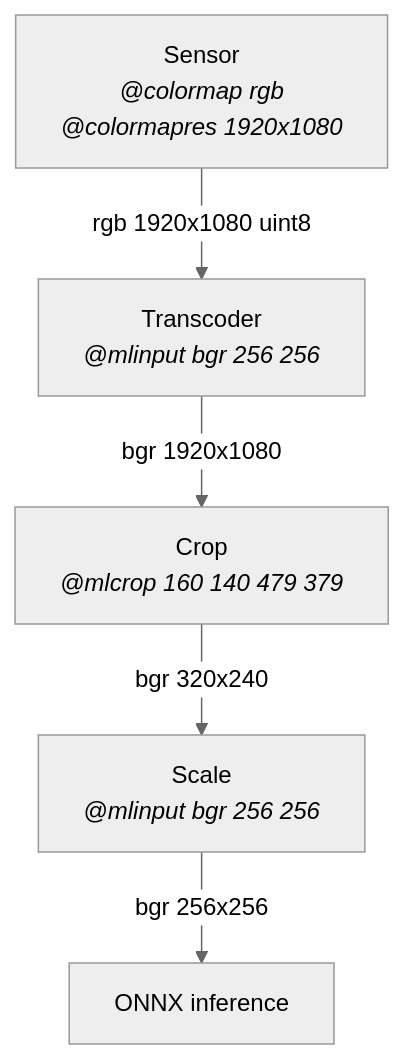
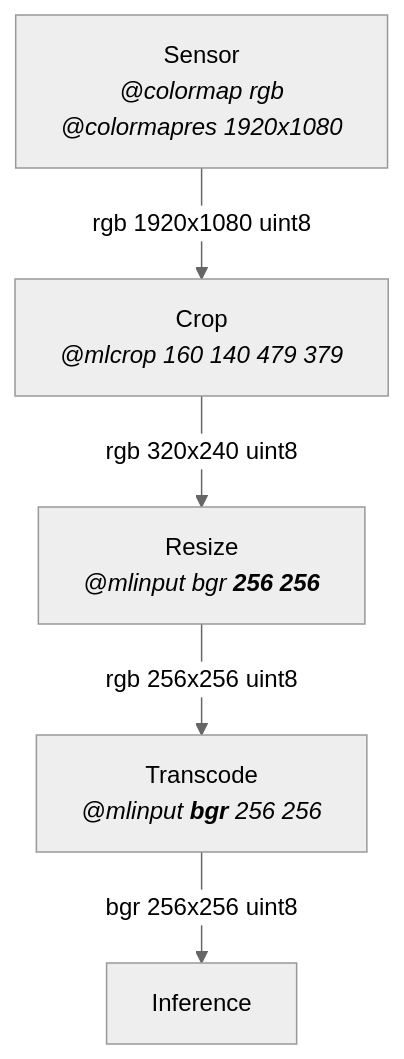
One commit to diablodale/dp.docs changed the diagram in docs/_max/attributes/mlinput.md. Above: the diagram before and after it, drawn with Mermaid (neutral theme). The commit also changed other lines of this file and 1 other file, not shown here.

Commit message:
churn on @mlinput; set mermaid dark theme

````diff
--- a/docs/_max/attributes/mlinput.md
+++ b/docs/_max/attributes/mlinput.md
@@ -71,18 +78,16 @@
 ```mermaid
 flowchart TD
     Sensor["`Sensor
     *@colormap rgb
-    @colormapres 1920x1080*`"]
+    @colormapres 1920x1080*`"] -->|rgb 1920x1080 uint8| Crop
+
+    Crop["`Crop
+    *@mlcrop 160 140 479 379*
+    `"] -->|rgb 320x240 uint8| Resize
     
-    Sensor -->|rgb 1920x1080 uint8| Transcoder["`Transcoder
-    *@mlinput bgr 256 256*`"]
-    
-    Transcoder -->|bgr 1920x1080| Crop["`Crop
-    *@mlcrop 160 140 479 379*
-    `"]
+    Resize["`Resize
+    *@mlinput bgr **256 256***`"] -->|rgb 256x256 uint8| Transcode
 
-    Crop -->|bgr 320x240| Scale["`Scale
-    *@mlinput bgr 256 256*`"]
-
-    Scale -->|bgr 256x256| Onnx[ONNX inference]
+    Transcode["`Transcode
+    *@mlinput **bgr** 256 256*`"] --> |bgr 256x256 uint8| Inference
 ```
````
